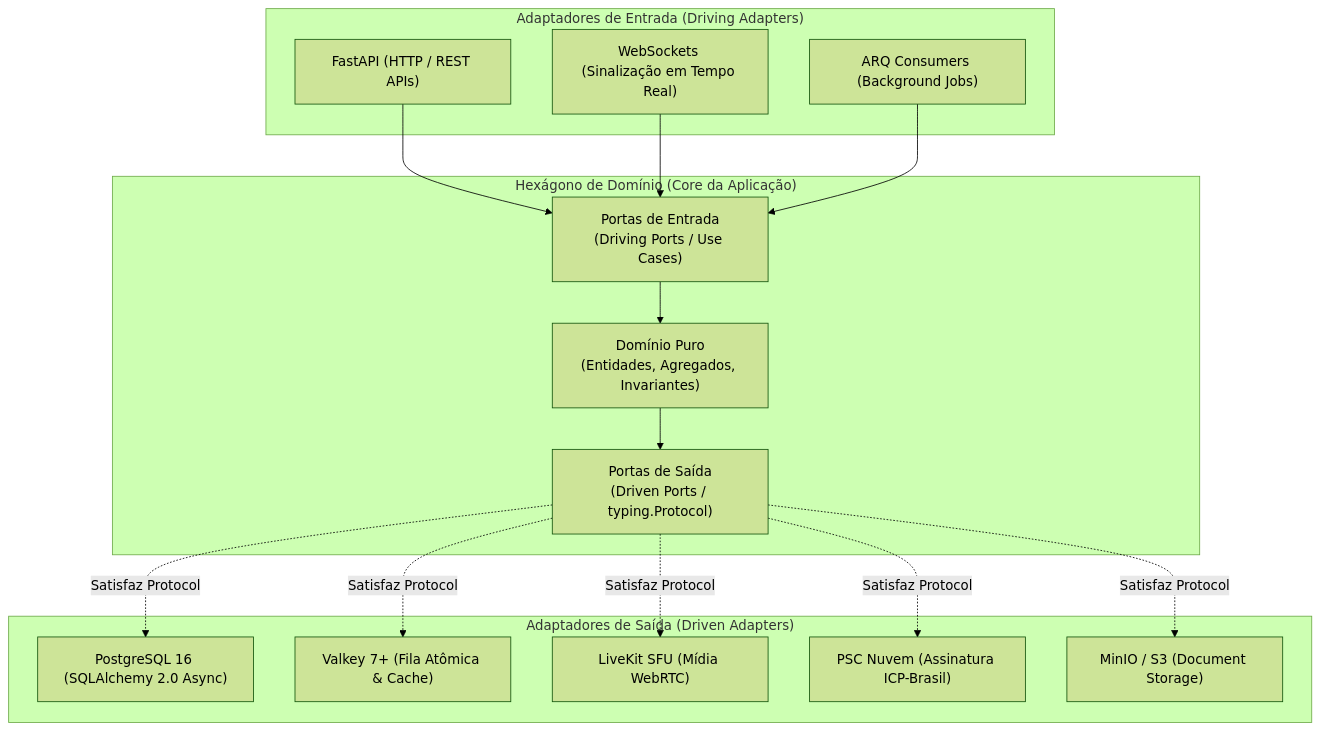
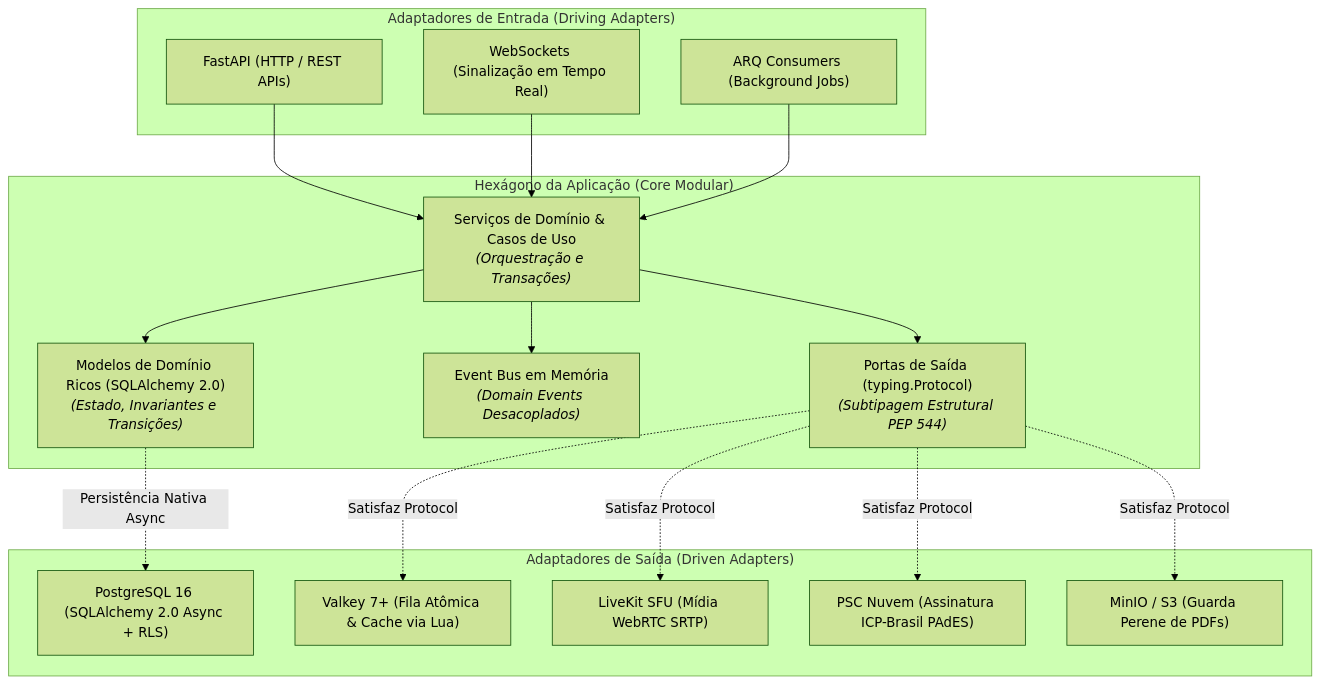
Before and after one commit to Rafaelp122/medisync: the first of 4 diagrams in docs/03-architecture/overview.md, drawn with Mermaid (forest theme). The commit also changed other lines of this file and 13 other files, not shown here.

Commit message:
docs(architecture): consolidate blueprints, ADRs 001-007, UUIDv7 and RLS security

````diff
--- a/docs/03-architecture/overview.md
+++ b/docs/03-architecture/overview.md
@@ -18,35 +24,37 @@
 ```mermaid
 flowchart TD
     subgraph DrivingAdapters["Adaptadores de Entrada (Driving Adapters)"]
         HTTP["FastAPI (HTTP / REST APIs)"]
         WS["WebSockets (Sinalização em Tempo Real)"]
         Worker["ARQ Consumers (Background Jobs)"]
     end
 
-    subgraph Hexagon["Hexágono de Domínio (Core da Aplicação)"]
-        InPorts["Portas de Entrada<br/>(Driving Ports / Use Cases)"]
-        Domain["Domínio Puro<br/>(Entidades, Agregados, Invariantes)"]
-        OutPorts["Portas de Saída<br/>(Driven Ports / typing.Protocol)"]
+    subgraph Hexagon["Hexágono da Aplicação (Core Modular)"]
+        Services["Serviços de Domínio & Casos de Uso<br/><i>(Orquestração e Transações)</i>"]
+        RichModels["Modelos de Domínio Ricos (SQLAlchemy 2.0)<br/><i>(Estado, Invariantes e Transições)</i>"]
+        EventBus["Event Bus em Memória<br/><i>(Domain Events Desacoplados)</i>"]
+        OutPorts["Portas de Saída (typing.Protocol)<br/><i>(Subtipagem Estrutural PEP 544)</i>"]
 
-        InPorts --> Domain
-        Domain --> OutPorts
+        Services --> RichModels
+        Services --> EventBus
+        Services --> OutPorts
     end
 
     subgraph DrivenAdapters["Adaptadores de Saída (Driven Adapters)"]
-        Postgres["PostgreSQL 16 (SQLAlchemy 2.0 Async)"]
-        Valkey["Valkey 7+ (Fila Atômica & Cache)"]
-        LiveKit["LiveKit SFU (Mídia WebRTC)"]
-        ICP["PSC Nuvem (Assinatura ICP-Brasil)"]
-        S3["MinIO / S3 (Document Storage)"]
+        Postgres["PostgreSQL 16 (SQLAlchemy 2.0 Async + RLS)"]
+        Valkey["Valkey 7+ (Fila Atômica & Cache via Lua)"]
+        LiveKit["LiveKit SFU (Mídia WebRTC SRTP)"]
+        ICP["PSC Nuvem (Assinatura ICP-Brasil PAdES)"]
+        S3["MinIO / S3 (Guarda Perene de PDFs)"]
     end
 
-    HTTP --> InPorts
-    WS --> InPorts
-    Worker --> InPorts
+    HTTP --> Services
+    WS --> Services
+    Worker --> Services
 
-    OutPorts -.->|Satisfaz Protocol| Postgres
+    RichModels -.->|Persistência Nativa Async| Postgres
     OutPorts -.->|Satisfaz Protocol| Valkey
     OutPorts -.->|Satisfaz Protocol| LiveKit
     OutPorts -.->|Satisfaz Protocol| ICP
     OutPorts -.->|Satisfaz Protocol| S3
 ```
````
